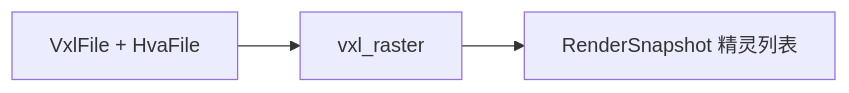
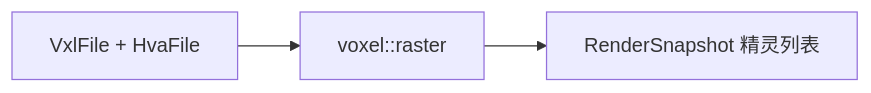
Before and after one commit to rust-alert/ra2.exe: the third of 3 diagrams in projects/ra-assets/readme.md, drawn with Mermaid. The commit also changed other lines of this file and 24 other files, not shown here.

````diff
--- a/projects/ra-assets/readme.md
+++ b/projects/ra-assets/readme.md
@@ -125,7 +117,7 @@
 ```mermaid
 flowchart LR
     vxl[VxlFile + HvaFile]
-    raster[vxl_raster]
+    raster[voxel::raster]
     snap[RenderSnapshot 精灵列表]
     vxl --> raster --> snap
 ```
````
